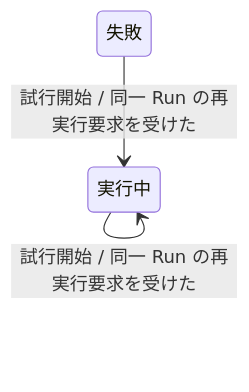
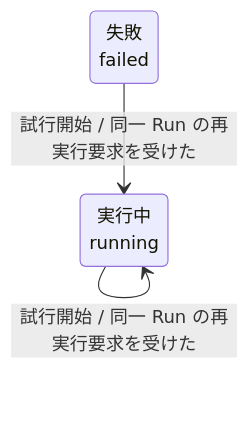
One commit to specdojo/specdojo changed the second of 2 diagrams in docs/ja/product/010-business-specs/020-data-model/stsd-job-run.md. Above: the diagram before and after it, drawn with Mermaid. The commit also changed other lines of this file and 4 other files, not shown here.

Commit message:
exec(register PJR-66PP): stsd-job-run の冒頭と図の表示名を新しい Kata に合わせる

````diff
--- a/docs/ja/product/010-business-specs/020-data-model/stsd-job-run.md
+++ b/docs/ja/product/010-business-specs/020-data-model/stsd-job-run.md
@@ -58,7 +63,7 @@
 ```mermaid
 stateDiagram-v2
-  state "実行中" as running
-  state "失敗" as failed
+  state "実行中<br>running" as running
+  state "失敗<br>failed" as failed
   failed --> running : 試行開始 / 同一 Run の再実行要求を受けた
   running --> running : 試行開始 / 同一 Run の再実行要求を受けた
 ```
````
